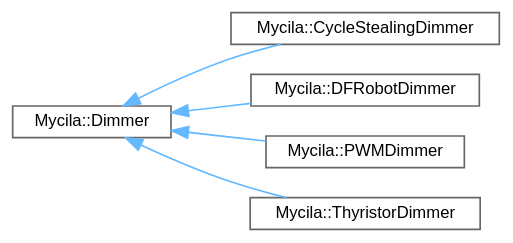
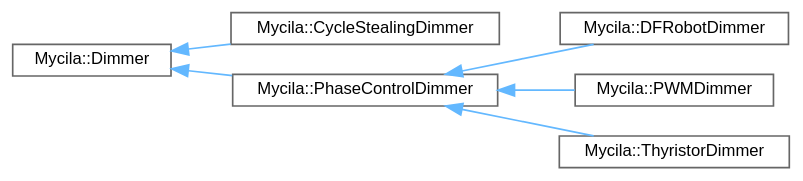
One commit to mathieucarbou/MycilaDimmer changed the diagram in docs/api/inherit_graph_2.dot. Above: the diagram before and after it, drawn with Graphviz. The commit also changed 58 other files, not shown here.

```diff
--- a/docs/api/inherit_graph_2.dot
+++ b/docs/api/inherit_graph_2.dot
@@ -1,17 +1,19 @@
 digraph "Graphical Class Hierarchy"
 {
  // LATEX_PDF_SIZE
   bgcolor="transparent";
   edge [fontname=Helvetica,fontsize=10,labelfontname=Helvetica,labelfontsize=10];
   node [fontname=Helvetica,fontsize=10,shape=box,height=0.2,width=0.4];
   rankdir="LR";
   Node0 [id="Node000000",label="Mycila::Dimmer",height=0.2,width=0.4,color="grey40", fillcolor="white", style="filled",URL="$class_mycila_1_1_dimmer.html",tooltip=" "];
   Node0 -> Node1 [id="edge1_Node000000_Node000001",dir="back",color="steelblue1",style="solid",tooltip=" "];
   Node1 [id="Node000001",label="Mycila::CycleStealingDimmer",height=0.2,width=0.4,color="grey40", fillcolor="white", style="filled",URL="$class_mycila_1_1_cycle_stealing_dimmer.html",tooltip=" "];
   Node0 -> Node2 [id="edge2_Node000000_Node000002",dir="back",color="steelblue1",style="solid",tooltip=" "];
-  Node2 [id="Node000002",label="Mycila::DFRobotDimmer",height=0.2,width=0.4,color="grey40", fillcolor="white", style="filled",URL="$class_mycila_1_1_d_f_robot_dimmer.html",tooltip="DFRobot DFR1071/DFR1073/DFR0971 I2C controlled 0-10V/0-5V dimmer implementation for voltage regulator..."];
-  Node0 -> Node3 [id="edge3_Node000000_Node000003",dir="back",color="steelblue1",style="solid",tooltip=" "];
-  Node3 [id="Node000003",label="Mycila::PWMDimmer",height=0.2,width=0.4,color="grey40", fillcolor="white", style="filled",URL="$class_mycila_1_1_p_w_m_dimmer.html",tooltip="PWM based dimmer implementation for voltage regulators controlled by a PWM signal to 0-10V analog con..."];
-  Node0 -> Node4 [id="edge4_Node000000_Node000004",dir="back",color="steelblue1",style="solid",tooltip=" "];
-  Node4 [id="Node000004",label="Mycila::ThyristorDimmer",height=0.2,width=0.4,color="grey40", fillcolor="white", style="filled",URL="$class_mycila_1_1_thyristor_dimmer.html",tooltip="Thyristor (TRIAC) based dimmer implementation for TRIAC and Random SSR dimmers."];
+  Node2 [id="Node000002",label="Mycila::PhaseControlDimmer",height=0.2,width=0.4,color="grey40", fillcolor="white", style="filled",URL="$class_mycila_1_1_phase_control_dimmer.html",tooltip=" "];
+  Node2 -> Node3 [id="edge3_Node000002_Node000003",dir="back",color="steelblue1",style="solid",tooltip=" "];
+  Node3 [id="Node000003",label="Mycila::DFRobotDimmer",height=0.2,width=0.4,color="grey40", fillcolor="white", style="filled",URL="$class_mycila_1_1_d_f_robot_dimmer.html",tooltip="DFRobot DFR1071/DFR1073/DFR0971 I2C controlled 0-10V/0-5V dimmer implementation for voltage regulator..."];
+  Node2 -> Node4 [id="edge4_Node000002_Node000004",dir="back",color="steelblue1",style="solid",tooltip=" "];
+  Node4 [id="Node000004",label="Mycila::PWMDimmer",height=0.2,width=0.4,color="grey40", fillcolor="white", style="filled",URL="$class_mycila_1_1_p_w_m_dimmer.html",tooltip="PWM based dimmer implementation for voltage regulators controlled by a PWM signal to 0-10V analog con..."];
+  Node2 -> Node5 [id="edge5_Node000002_Node000005",dir="back",color="steelblue1",style="solid",tooltip=" "];
+  Node5 [id="Node000005",label="Mycila::ThyristorDimmer",height=0.2,width=0.4,color="grey40", fillcolor="white", style="filled",URL="$class_mycila_1_1_thyristor_dimmer.html",tooltip="Thyristor (TRIAC) based dimmer implementation for TRIAC and Random SSR dimmers."];
 }
```
